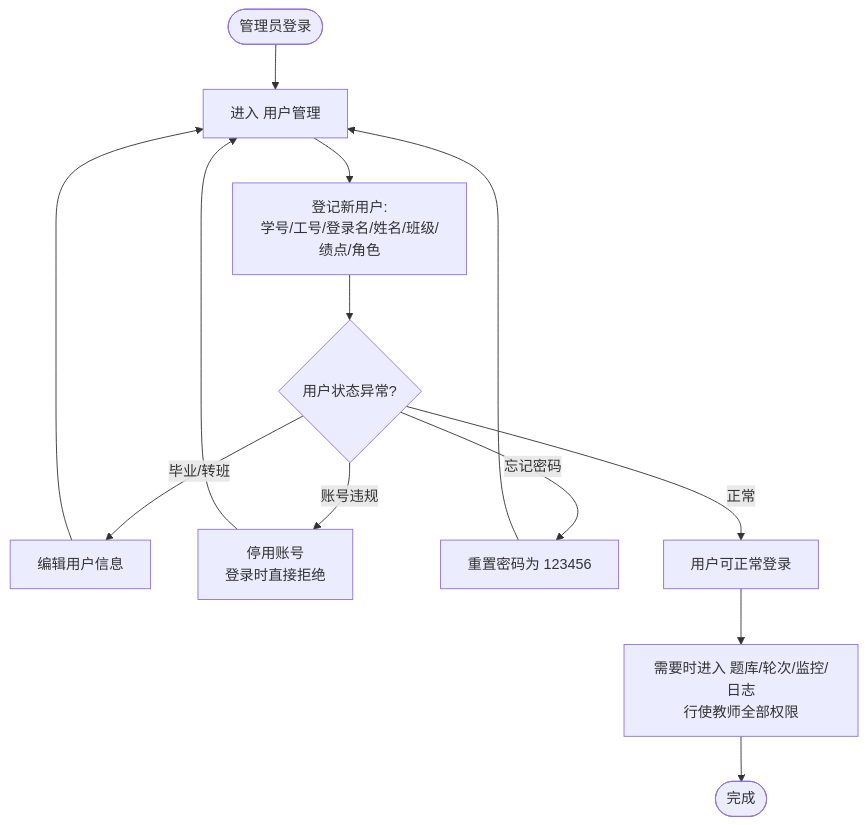
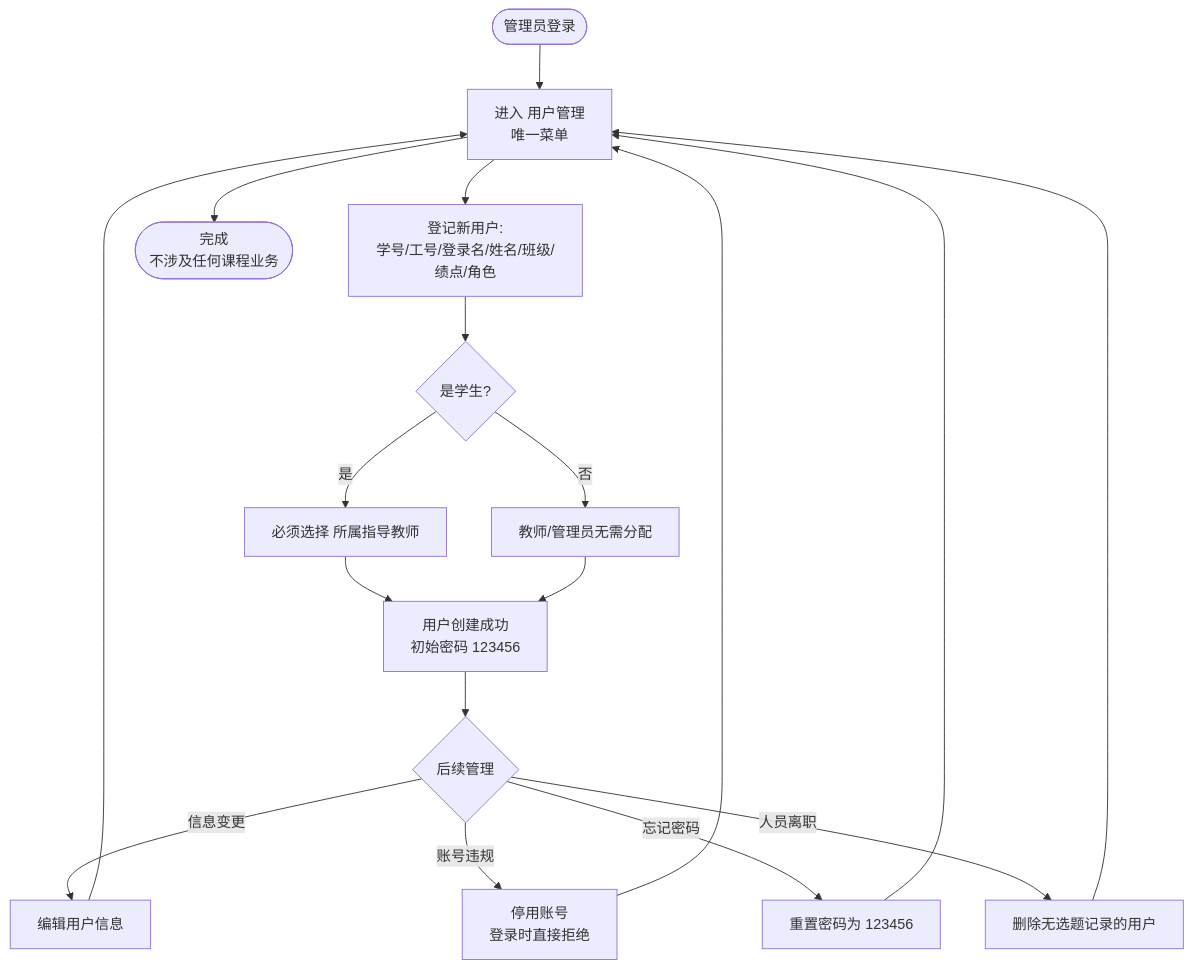
Before and after one commit to haixiaoyuntian/topicgo: the fourth of 5 diagrams in student-topic-system/wiki/06-使用流程.md, drawn with Mermaid. The commit also changed other lines of this file and 11 other files, not shown here.

````diff
--- a/student-topic-system/wiki/06-使用流程.md
+++ b/student-topic-system/wiki/06-使用流程.md
@@ -102,14 +107,20 @@
 ```mermaid
 flowchart TD
-    A1([管理员登录]) --> A2[进入 用户管理]
+    A1([管理员登录]) --> A2[进入 用户管理<br/>唯一菜单]
     A2 --> A3[登记新用户:<br/>学号/工号/登录名/姓名/班级/绩点/角色]
-    A3 --> A4{用户状态异常?}
-    A4 -- 毕业/转班 --> A5[编辑用户信息]
-    A4 -- 账号违规 --> A6[停用账号<br/>登录时直接拒绝]
-    A4 -- 忘记密码 --> A7[重置密码为 123456]
-    A4 -- 正常 --> A8[用户可正常登录]
-    A5 --> A2
+    A3 --> A3a{是学生?}
+    A3a -- 是 --> A3b[必须选择 所属指导教师]
+    A3a -- 否 --> A3c[教师/管理员无需分配]
+    A3b --> A4[用户创建成功<br/>初始密码 123456]
+    A3c --> A4
+    A4 --> A5{后续管理}
+    A5 -- 信息变更 --> A6[编辑用户信息]
+    A5 -- 账号违规 --> A7[停用账号<br/>登录时直接拒绝]
+    A5 -- 忘记密码 --> A8[重置密码为 123456]
+    A5 -- 人员离职 --> A9[删除无选题记录的用户]
     A6 --> A2
     A7 --> A2
-    A8 --> A9[需要时进入 题库/轮次/监控/日志<br/>行使教师全部权限] --> A10([完成])
+    A8 --> A2
+    A9 --> A2
+    A2 --> A10([完成<br/>不涉及任何课程业务])
 ```
````
